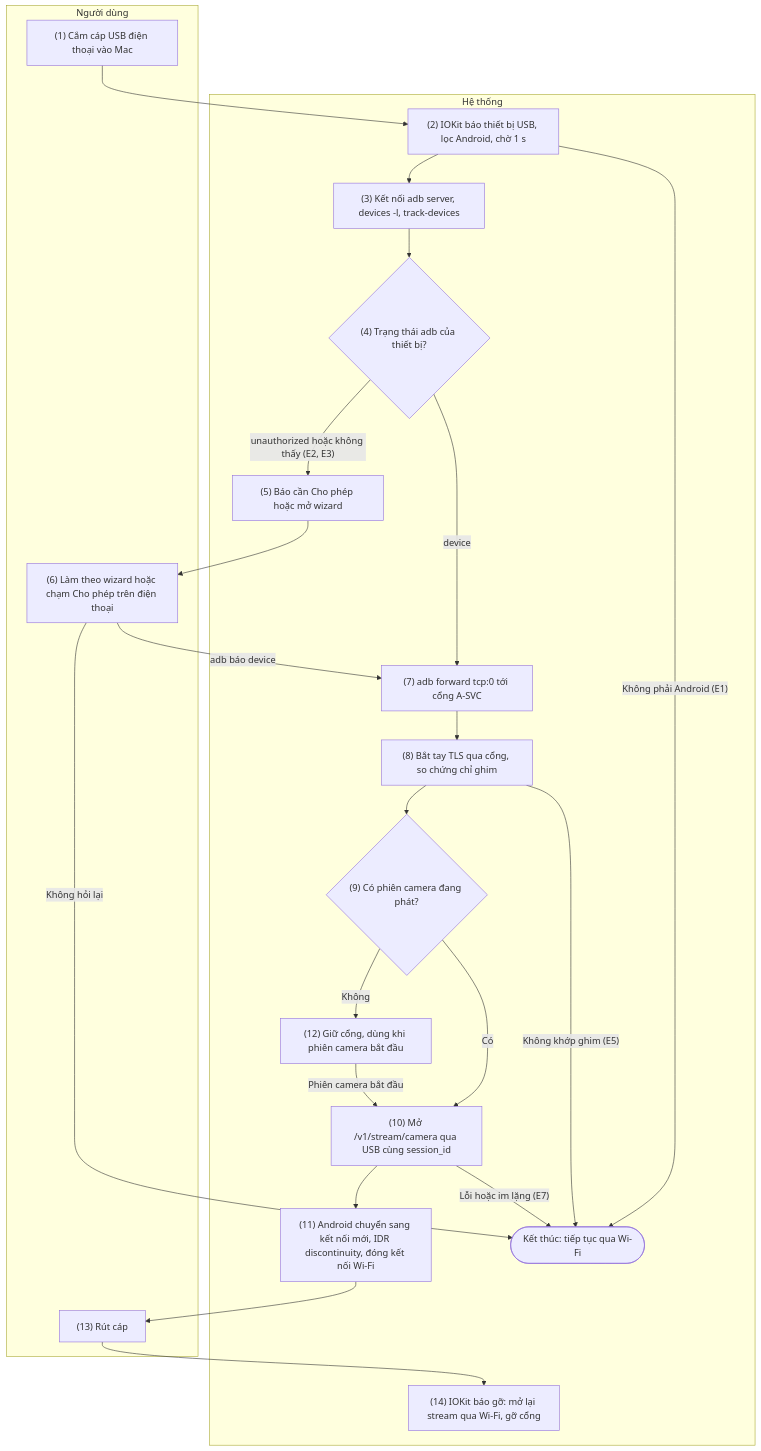
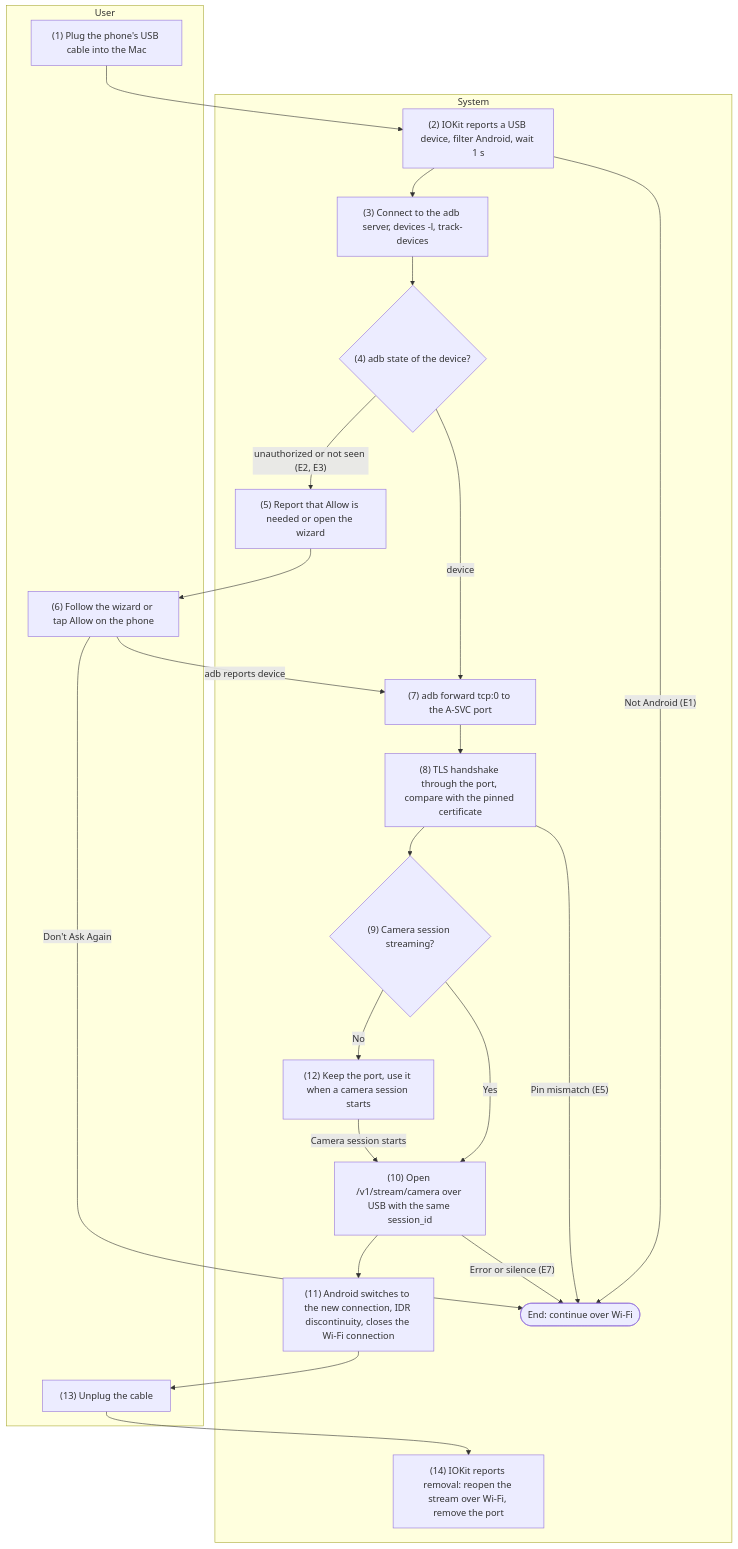
One commit to HandLive/handlive changed the fourth of 5 diagrams in docs/detailed-design/08-camera-mic.md. Above: the diagram before and after it, drawn with Mermaid. The commit also changed other lines of this file and 1 other file, not shown here.

Commit message:
docs: translate docs/detailed-design/08-camera-mic.md into English

````diff
--- a/docs/detailed-design/08-camera-mic.md
+++ b/docs/detailed-design/08-camera-mic.md
@@ -1283,37 +1325,37 @@
 ```mermaid
 flowchart TB
-  subgraph ND["Người dùng"]
-    U1["(1) Cắm cáp USB điện thoại vào Mac"]
-    U6["(6) Làm theo wizard hoặc chạm Cho phép trên điện thoại"]
-    U13["(13) Rút cáp"]
+  subgraph ND["User"]
+    U1["(1) Plug the phone's USB cable into the Mac"]
+    U6["(6) Follow the wizard or tap Allow on the phone"]
+    U13["(13) Unplug the cable"]
   end
-  subgraph HT["Hệ thống"]
-    S2["(2) IOKit báo thiết bị USB, lọc Android, chờ 1 s"]
-    S3["(3) Kết nối adb server, devices -l, track-devices"]
-    D4{"(4) Trạng thái adb của thiết bị?"}
-    S5["(5) Báo cần Cho phép hoặc mở wizard"]
-    S7["(7) adb forward tcp:0 tới cổng A-SVC"]
-    S8["(8) Bắt tay TLS qua cổng, so chứng chỉ ghim"]
-    D9{"(9) Có phiên camera đang phát?"}
-    S10["(10) Mở /v1/stream/camera qua USB cùng session_id"]
-    S11["(11) Android chuyển sang kết nối mới, IDR discontinuity, đóng kết nối Wi-Fi"]
-    S12["(12) Giữ cổng, dùng khi phiên camera bắt đầu"]
-    S14["(14) IOKit báo gỡ: mở lại stream qua Wi-Fi, gỡ cổng"]
-    X1(["Kết thúc: tiếp tục qua Wi-Fi"])
+  subgraph HT["System"]
+    S2["(2) IOKit reports a USB device, filter Android, wait 1 s"]
+    S3["(3) Connect to the adb server, devices -l, track-devices"]
+    D4{"(4) adb state of the device?"}
+    S5["(5) Report that Allow is needed or open the wizard"]
+    S7["(7) adb forward tcp:0 to the A-SVC port"]
+    S8["(8) TLS handshake through the port, compare with the pinned certificate"]
+    D9{"(9) Camera session streaming?"}
+    S10["(10) Open /v1/stream/camera over USB with the same session_id"]
+    S11["(11) Android switches to the new connection, IDR discontinuity, closes the Wi-Fi connection"]
+    S12["(12) Keep the port, use it when a camera session starts"]
+    S14["(14) IOKit reports removal: reopen the stream over Wi-Fi, remove the port"]
+    X1(["End: continue over Wi-Fi"])
   end
   U1 --> S2
-  S2 -- "Không phải Android (E1)" --> X1
+  S2 -- "Not Android (E1)" --> X1
   S2 --> S3 --> D4
   D4 -- "device" --> S7
-  D4 -- "unauthorized hoặc không thấy (E2, E3)" --> S5 --> U6
-  U6 -- "adb báo device" --> S7
-  U6 -- "Không hỏi lại" --> X1
+  D4 -- "unauthorized or not seen (E2, E3)" --> S5 --> U6
+  U6 -- "adb reports device" --> S7
+  U6 -- "Don't Ask Again" --> X1
   S7 --> S8
-  S8 -- "Không khớp ghim (E5)" --> X1
+  S8 -- "Pin mismatch (E5)" --> X1
   S8 --> D9
-  D9 -- "Có" --> S10 --> S11
-  D9 -- "Không" --> S12
-  S12 -- "Phiên camera bắt đầu" --> S10
-  S10 -- "Lỗi hoặc im lặng (E7)" --> X1
+  D9 -- "Yes" --> S10 --> S11
+  D9 -- "No" --> S12
+  S12 -- "Camera session starts" --> S10
+  S10 -- "Error or silence (E7)" --> X1
   S11 --> U13 --> S14
 ```
````
